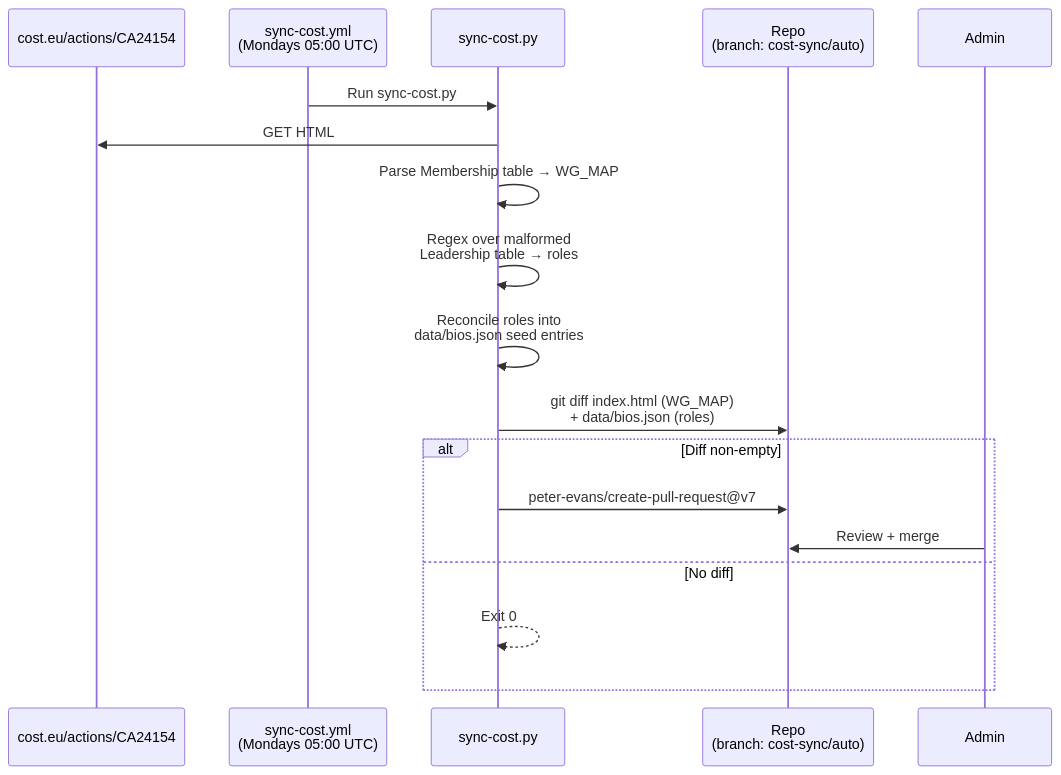
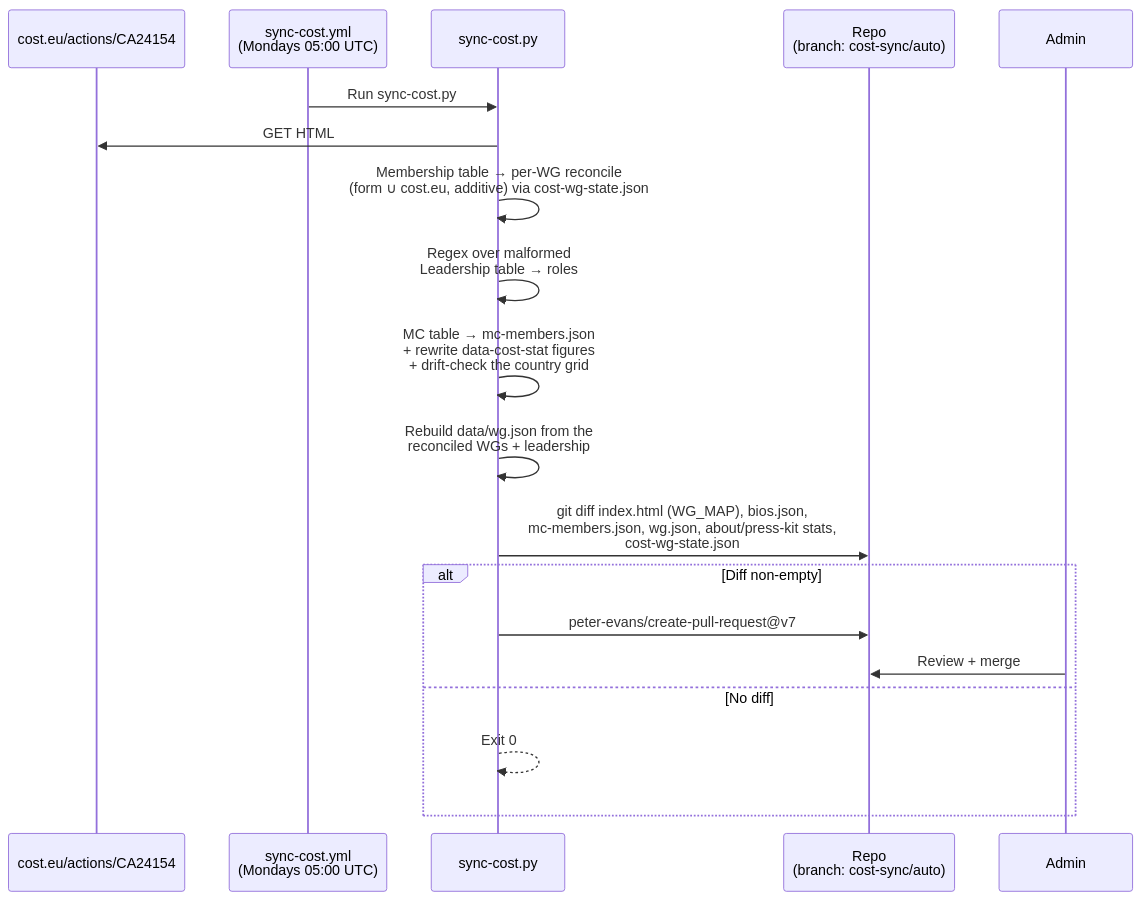
One commit to EISSeuropa/netsec.github.io changed the fourth of 5 diagrams in docs/architecture.md. Above: the diagram before and after it, drawn with Mermaid. The commit also changed other lines of this file and 2 other files, not shown here.

````diff
--- a/docs/architecture.md
+++ b/docs/architecture.md
@@ -217,21 +232,22 @@
 ```mermaid
 sequenceDiagram
     participant C as cost.eu/actions/CA24154
     participant W as sync-cost.yml<br/>(Mondays 05:00 UTC)
     participant P as sync-cost.py
     participant R as Repo<br/>(branch: cost-sync/auto)
     participant A as Admin
 
     W->>P: Run sync-cost.py
     P->>C: GET HTML
-    P->>P: Parse Membership table → WG_MAP
+    P->>P: Membership table → per-WG reconcile<br/>(form ∪ cost.eu, additive) via cost-wg-state.json
     P->>P: Regex over malformed<br/>Leadership table → roles
-    P->>P: Reconcile roles into<br/>data/bios.json seed entries
-    P->>R: git diff index.html (WG_MAP)<br/>+ data/bios.json (roles)
+    P->>P: MC table → mc-members.json<br/>+ rewrite data-cost-stat figures<br/>+ drift-check the country grid
+    P->>P: Rebuild data/wg.json from the<br/>reconciled WGs + leadership
+    P->>R: git diff index.html (WG_MAP), bios.json,<br/>mc-members.json, wg.json, about/press-kit stats,<br/>cost-wg-state.json
     alt Diff non-empty
         P->>R: peter-evans/create-pull-request@v7
         A->>R: Review + merge
     else No diff
         P-->>P: Exit 0
     end
 ```
````
